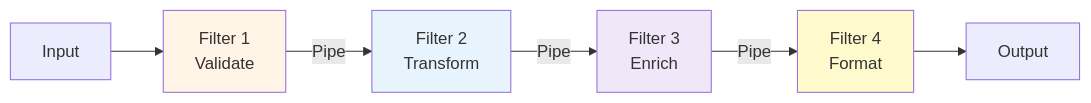
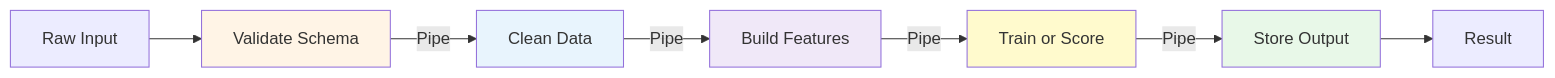
Before and after one commit to tuandung222/software-architecture-foundation: the first of 5 diagrams in docs/05-fundamental-styles/04-pipeline-architecture.md, drawn with Mermaid. The commit also changed other lines of this file and 61 other files, not shown here.

Commit message:
Improve architecture curriculum for data scientists

````diff
--- a/docs/05-fundamental-styles/04-pipeline-architecture.md
+++ b/docs/05-fundamental-styles/04-pipeline-architecture.md
@@ -14,13 +29,15 @@
 ```mermaid
 flowchart LR
-    I[Input] --> F1[Filter 1<br/>Validate]
-    F1 -->|Pipe| F2[Filter 2<br/>Transform]
-    F2 -->|Pipe| F3[Filter 3<br/>Enrich]
-    F3 -->|Pipe| F4[Filter 4<br/>Format]
-    F4 --> O[Output]
-    
+    I[Raw Input] --> F1[Validate Schema]
+    F1 -->|Pipe| F2[Clean Data]
+    F2 -->|Pipe| F3[Build Features]
+    F3 -->|Pipe| F4[Train or Score]
+    F4 -->|Pipe| F5[Store Output]
+    F5 --> O[Result]
+
     style F1 fill:#fff4e6
     style F2 fill:#e8f4fd
     style F3 fill:#f0e8f8
     style F4 fill:#fffacd
+    style F5 fill:#e8f8e8
 ```
````
